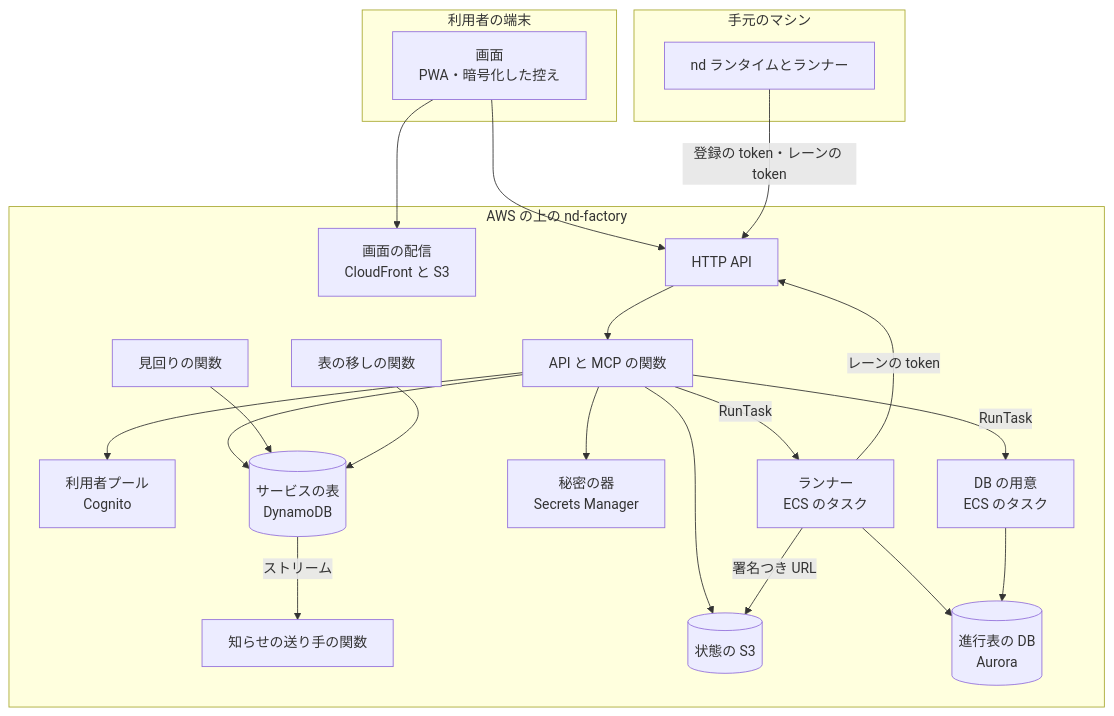
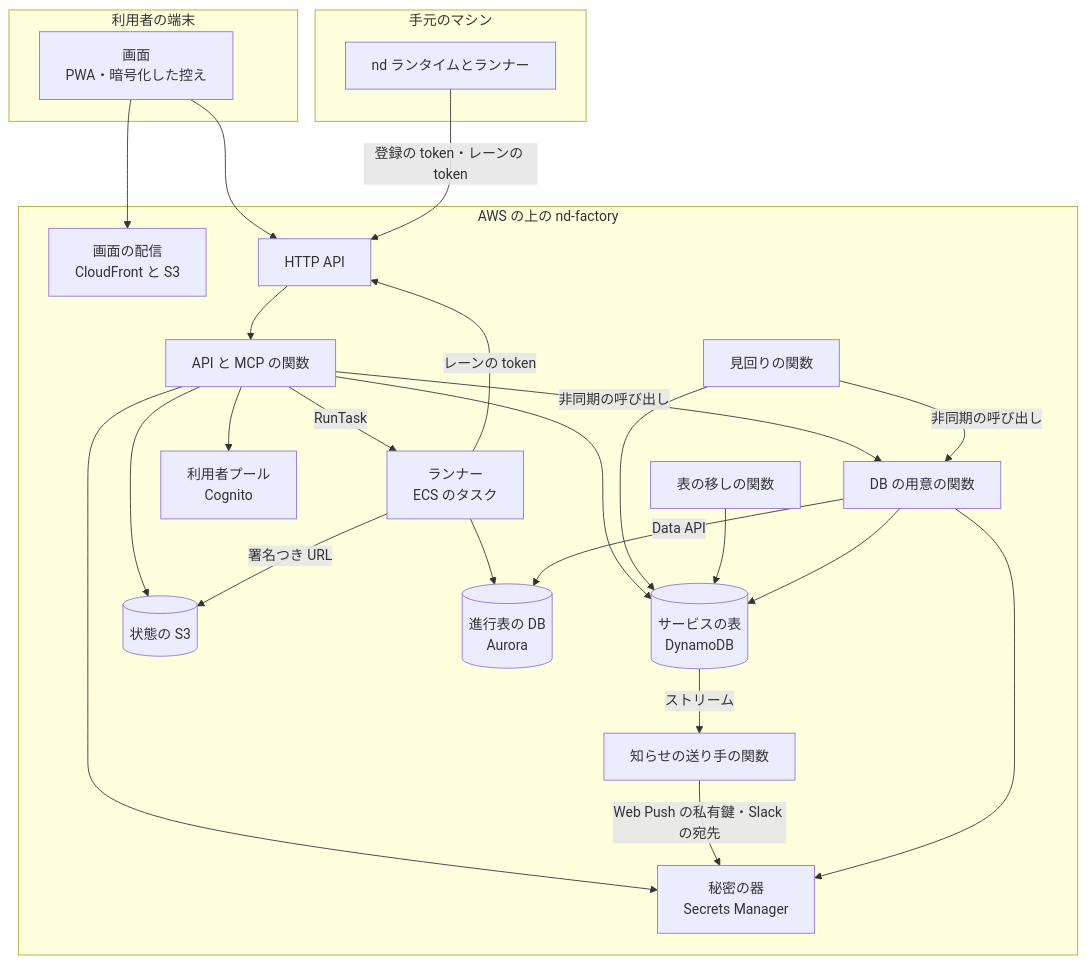
One commit to devbasex/nd-factory changed the second of 3 diagrams in docs/design/platform.md. Above: the diagram before and after it, drawn with Mermaid. The commit also changed other lines of this file and 65 other files, not shown here.

First line of the commit message:
インフラ: 常駐する計算と NAT なしで、自前の VPC・Aurora・ECS を安く立てられる（#13） (#103)

````diff
--- a/docs/design/platform.md
+++ b/docs/design/platform.md
@@ -85,41 +85,45 @@
 ```mermaid
 graph TD
-    subgraph 利用者の端末
-        WEB[画面<br/>PWA・暗号化した控え]
+    subgraph DEV[利用者の端末]
+        WEB["画面<br/>PWA・暗号化した控え"]
     end
-    subgraph AWS の上の nd-factory
-        CDN[画面の配信<br/>CloudFront と S3]
+    subgraph AWS["AWS の上の nd-factory"]
+        CDN["画面の配信<br/>CloudFront と S3"]
         HAPI[HTTP API]
         API[API と MCP の関数]
         PAT[見回りの関数]
         NTF[知らせの送り手の関数]
         MIG[表の移しの関数]
-        IDP[利用者プール<br/>Cognito]
-        DDB[(サービスの表<br/>DynamoDB)]
+        PREP[DB の用意の関数]
+        IDP["利用者プール<br/>Cognito"]
+        DDB[("サービスの表<br/>DynamoDB")]
         ST[(状態の S3)]
-        SM[秘密の器<br/>Secrets Manager]
-        RUN[ランナー<br/>ECS のタスク]
-        PREP[DB の用意<br/>ECS のタスク]
-        PG[(進行表の DB<br/>Aurora)]
+        SM["秘密の器<br/>Secrets Manager"]
+        RUN["ランナー<br/>ECS のタスク"]
+        PG[("進行表の DB<br/>Aurora")]
     end
-    subgraph 手元のマシン
+    subgraph LOCAL[手元のマシン]
         NDR[nd ランタイムとランナー]
     end
     WEB --> CDN
     WEB --> HAPI
     HAPI --> API
     API --> IDP
     API --> DDB
     API --> ST
     API --> SM
     API -->|RunTask| RUN
-    API -->|RunTask| PREP
+    API -->|非同期の呼び出し| PREP
     PAT --> DDB
+    PAT -->|非同期の呼び出し| PREP
     DDB -->|ストリーム| NTF
+    NTF -->|Web Push の私有鍵・Slack の宛先| SM
     MIG --> DDB
     RUN -->|レーンの token| HAPI
     RUN --> PG
     RUN -->|署名つき URL| ST
-    PREP --> PG
+    PREP -->|Data API| PG
+    PREP --> SM
+    PREP --> DDB
     NDR -->|登録の token・レーンの token| HAPI
 ```
````
